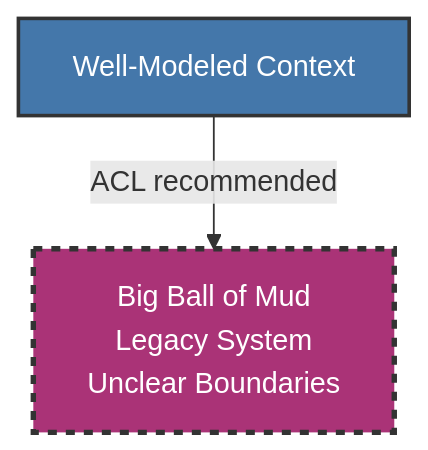
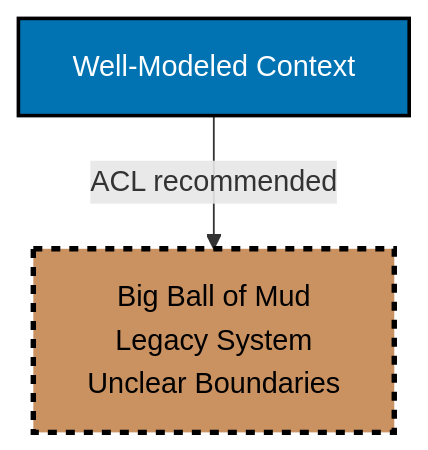
The tenth of 12 diagrams in docs/explanation/software-design/domain-driven-design-ddd/templates/ex-sode-dodrdedd-te__context-map-diagram.md (wahidyankf/open-sharia-enterprise), drawn with Mermaid before and after one commit. The commit also changed other lines of this file and 35 other files, not shown here.

````diff
--- a/docs/explanation/software-design/domain-driven-design-ddd/templates/ex-sode-dodrdedd-te__context-map-diagram.md
+++ b/docs/explanation/software-design/domain-driven-design-ddd/templates/ex-sode-dodrdedd-te__context-map-diagram.md
@@ -382,11 +382,11 @@
 ```mermaid
 graph TB
     BBM[Big Ball of Mud<br/>Legacy System<br/>Unclear Boundaries]
 
     C1[Well-Modeled Context]
 
     C1 -->|ACL recommended| BBM
 
-    style BBM fill:#AA3377,stroke:#333,stroke-width:3px,stroke-dasharray: 5 5,color:#FFFFFF
-    style C1 fill:#4477AA,stroke:#333,stroke-width:2px,color:#FFFFFF
+    style BBM fill:#CA9161,stroke:#000000,stroke-width:3px,stroke-dasharray: 5 5,color:#000000
+    style C1 fill:#0173B2,stroke:#000000,stroke-width:2px,color:#FFFFFF
 ```
````
